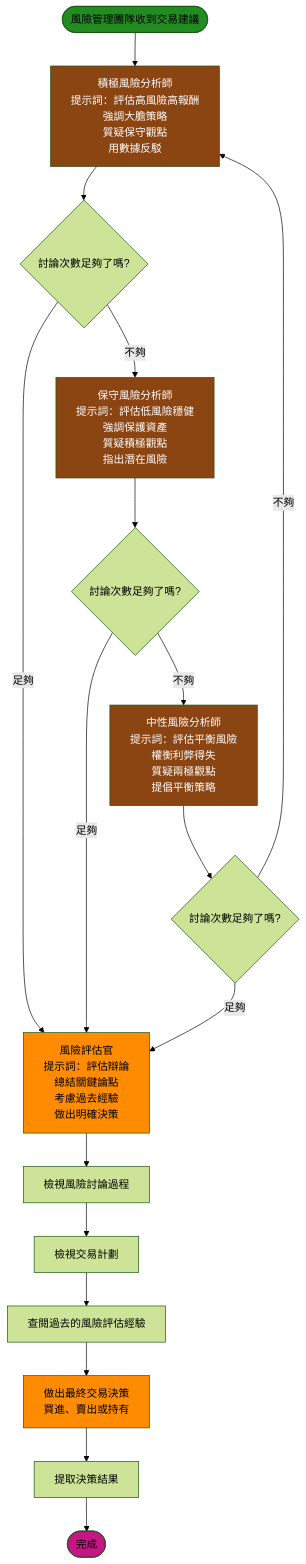
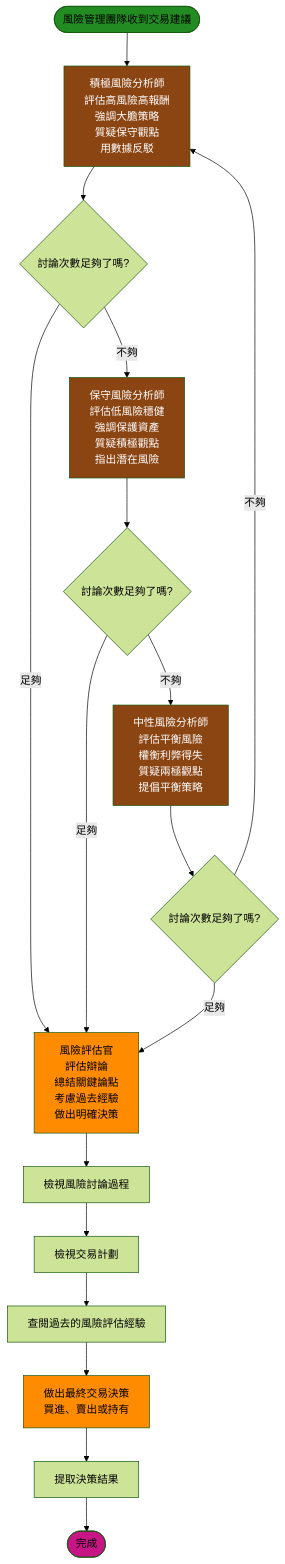
Before and after one commit to chitienshih-wq/Git_Test: the eighth of 9 diagrams in 流程圖_簡化.md, drawn with Mermaid (forest theme). The commit also changed other lines of this file, not shown here.

````diff
--- a/流程圖_簡化.md
+++ b/流程圖_簡化.md
@@ -214,34 +214,34 @@
 ```mermaid
 flowchart TD
-    Start([風險管理團隊收到交易建議]) --> RiskyAnalyst[積極風險分析師<br/>提示詞：評估高風險高報酬<br/>強調大膽策略<br/>質疑保守觀點<br/>用數據反駁]
+    Start([風險管理團隊收到交易建議]) --> RiskyAnalyst[積極風險分析師<br/>評估高風險高報酬<br/>強調大膽策略<br/>質疑保守觀點<br/>用數據反駁]
     
     RiskyAnalyst --> CheckRounds{討論次數足夠了嗎?}
     
-    CheckRounds -->|不夠| SafeAnalyst[保守風險分析師<br/>提示詞：評估低風險穩健<br/>強調保護資產<br/>質疑積極觀點<br/>指出潛在風險]
-    CheckRounds -->|足夠| RiskJudge[風險評估官<br/>提示詞：評估辯論<br/>總結關鍵論點<br/>考慮過去經驗<br/>做出明確決策]
+    CheckRounds -->|不夠| SafeAnalyst[保守風險分析師<br/>評估低風險穩健<br/>強調保護資產<br/>質疑積極觀點<br/>指出潛在風險]
+    CheckRounds -->|足夠| RiskJudge[風險評估官<br/>評估辯論<br/>總結關鍵論點<br/>考慮過去經驗<br/>做出明確決策]
     
     SafeAnalyst --> CheckRounds2{討論次數足夠了嗎?}
     
-    CheckRounds2 -->|不夠| NeutralAnalyst[中性風險分析師<br/>提示詞：評估平衡風險<br/>權衡利弊得失<br/>質疑兩極觀點<br/>提倡平衡策略]
+    CheckRounds2 -->|不夠| NeutralAnalyst[中性風險分析師<br/>評估平衡風險<br/>權衡利弊得失<br/>質疑兩極觀點<br/>提倡平衡策略]
     CheckRounds2 -->|足夠| RiskJudge
     
     NeutralAnalyst --> CheckRounds3{討論次數足夠了嗎?}
     
     CheckRounds3 -->|不夠| RiskyAnalyst
     CheckRounds3 -->|足夠| RiskJudge
     
     RiskJudge --> ReviewDiscussion[檢視風險討論過程]
     ReviewDiscussion --> ReviewPlan[檢視交易計劃]
     ReviewPlan --> CheckMemory[查閱過去的風險評估經驗]
     CheckMemory --> MakeFinalDecision[做出最終交易決策<br/>買進、賣出或持有]
     MakeFinalDecision --> ExtractDecision[提取決策結果]
     ExtractDecision --> End([完成])
     
     style Start fill:#228B22
     style End fill:#C71585
     style RiskJudge fill:#FF8C00
     style MakeFinalDecision fill:#FF8C00
     style RiskyAnalyst fill:#8B4513,color:#FFFFFF
     style SafeAnalyst fill:#8B4513,color:#FFFFFF
     style NeutralAnalyst fill:#8B4513,color:#FFFFFF
 ```
````
